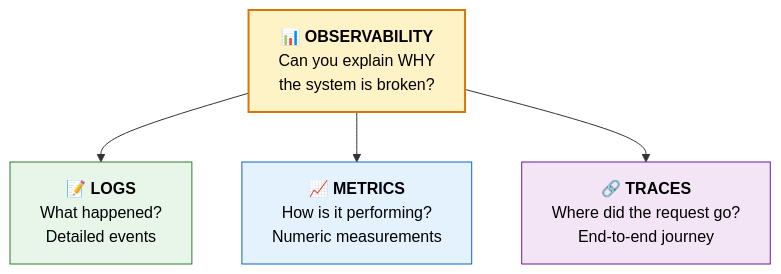
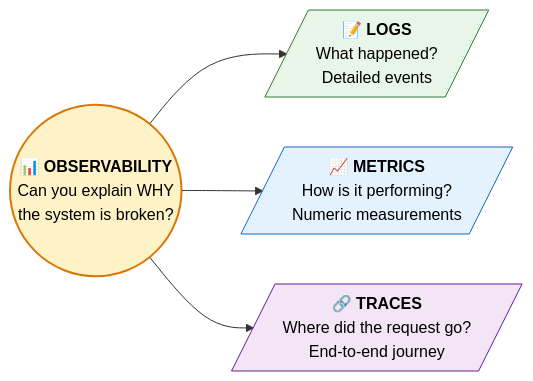
One commit to saivamsikaruturi/vamsilabs-dev-notes-main changed the first of 5 diagrams in docs/microservices/Observability.md. Above: the diagram before and after it, drawn with Mermaid. The commit also changed other lines of this file and 146 other files, not shown here.

Commit message:
Horizontal diagrams, UML class diagrams, typography overhaul, and permalink cleanup

````diff
--- a/docs/microservices/Observability.md
+++ b/docs/microservices/Observability.md
@@ -10,12 +10,12 @@
 ```mermaid
-flowchart TD
-    O["📊 <b>OBSERVABILITY</b><br/>Can you explain WHY<br/>the system is broken?"]
-    O --> L["📝 <b>LOGS</b><br/>What happened?<br/>Detailed events"]
-    O --> M["📈 <b>METRICS</b><br/>How is it performing?<br/>Numeric measurements"]
-    O --> T["🔗 <b>TRACES</b><br/>Where did the request go?<br/>End-to-end journey"]
+flowchart LR
+    O(("📊 <b>OBSERVABILITY</b><br/>Can you explain WHY<br/>the system is broken?"))
+    O --> L[/"📝 <b>LOGS</b><br/>What happened?<br/>Detailed events"/]
+    O --> M[/"📈 <b>METRICS</b><br/>How is it performing?<br/>Numeric measurements"/]
+    O --> T[/"🔗 <b>TRACES</b><br/>Where did the request go?<br/>End-to-end journey"/]
 
     style O fill:#FEF3C7,stroke:#D97706,stroke-width:2px,color:#000
     style L fill:#E8F5E9,stroke:#2E7D32,color:#000
     style M fill:#E3F2FD,stroke:#1565C0,color:#000
     style T fill:#F3E5F5,stroke:#6A1B9A,color:#000
 ```
````
